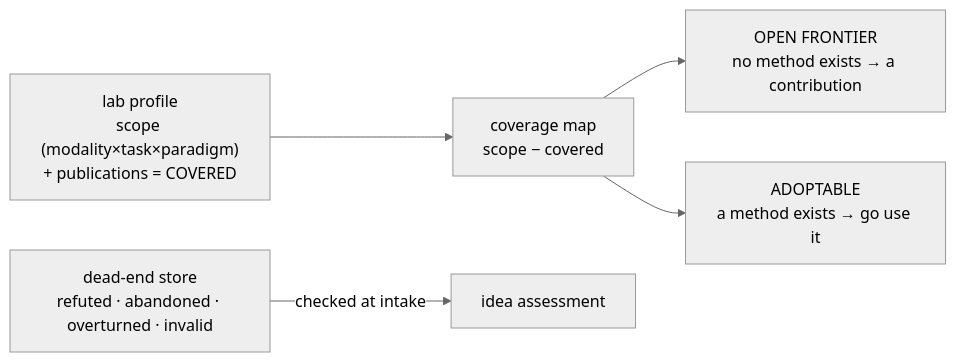
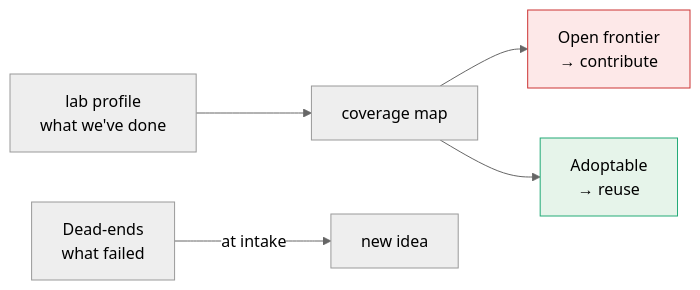
The fifth of 11 diagrams in docs/architecture-overview.md (jamisonhburks/lab_tracker), drawn with Mermaid (neutral theme) before and after one commit. The commit also changed other lines of this file and 23 other files, not shown here.

First line of the commit message:
docs: simplify slide diagrams — short glanceable labels (#69)

````diff
--- a/docs/architecture-overview.md
+++ b/docs/architecture-overview.md
@@ -129,7 +129,10 @@
 ```mermaid
 flowchart LR
-  PROF["lab profile<br/>scope (modality×task×paradigm)<br/>+ publications = COVERED"] --> COV["coverage map<br/>scope − covered"]
-  COV --> FRO["OPEN FRONTIER<br/>no method exists → a contribution"]
-  COV --> ADO["ADOPTABLE<br/>a method exists → go use it"]
-  DEAD["dead-end store<br/>refuted · abandoned · overturned · invalid"] -->|"checked at intake"| INTK["idea assessment"]
+  PROF["lab profile<br/>what we've done"] --> COV["coverage map"]
+  COV --> FRO["Open frontier<br/>→ contribute"]:::f
+  COV --> ADO["Adoptable<br/>→ reuse"]:::a
+  DEAD["Dead-ends<br/>what failed"]:::d -->|"at intake"| INTK["new idea"]
+  classDef f fill:#fde8e8,stroke:#c33;
+  classDef a fill:#e6f4ea,stroke:#2a7;
+  classDef d fill:#eee,stroke:#999;
 ```
````
